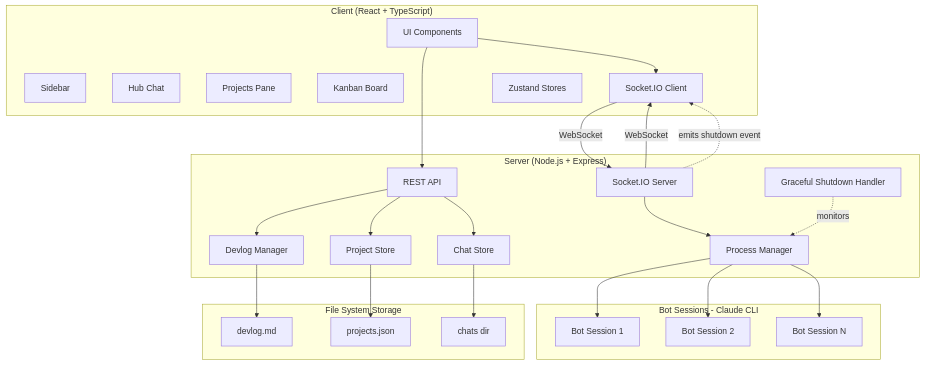
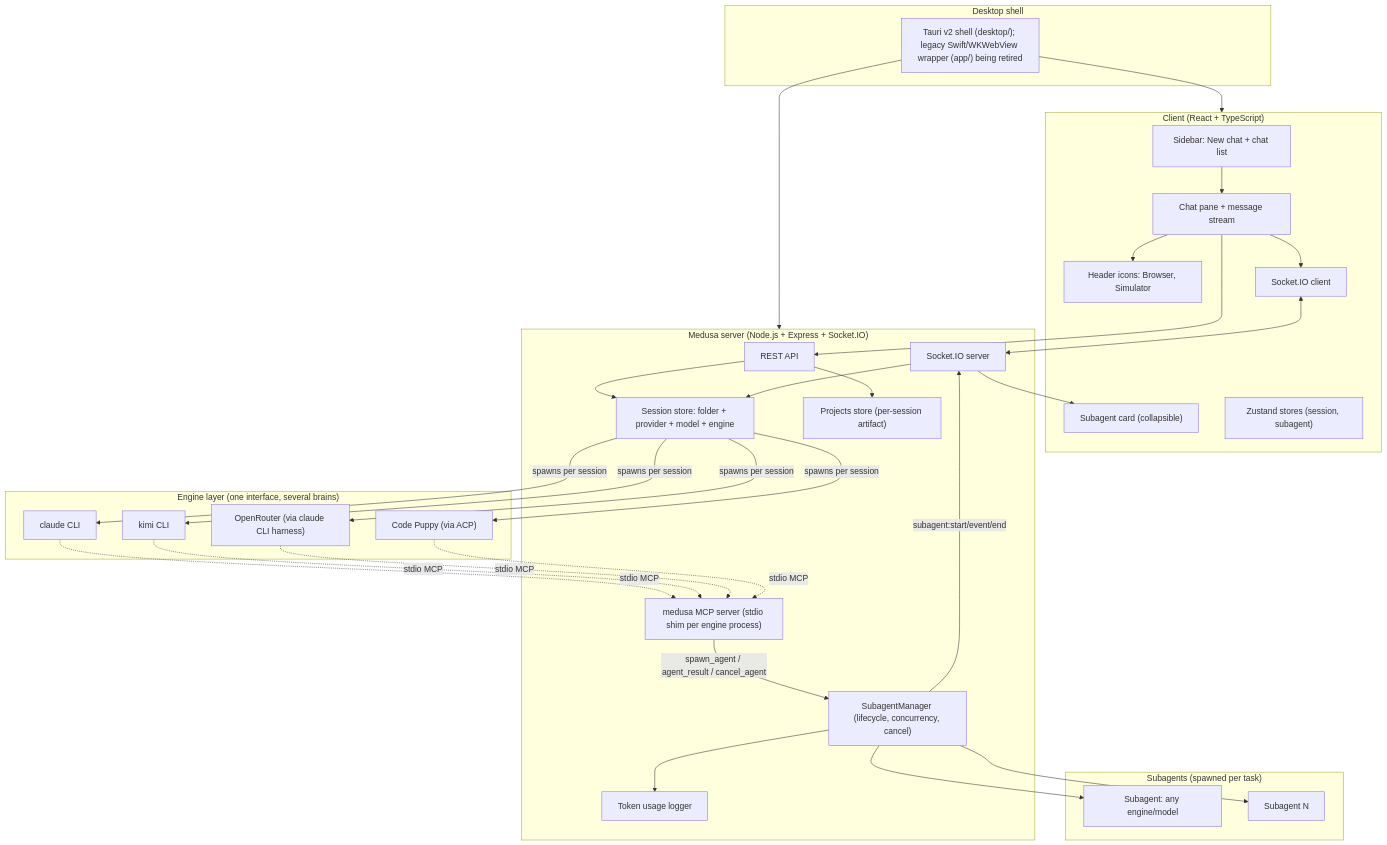
The first of 2 diagrams in docs/medusa_architecture.md (LauraMoney42/Medusa), drawn with Mermaid before and after one commit. The commit also changed other lines of this file and 23 other files, not shown here.

First line of the commit message:
Docs: describe Medusa as a single model-agnostic orchestrator; archive bot-era guides

````diff
--- a/docs/medusa_architecture.md
+++ b/docs/medusa_architecture.md
@@ -9,54 +25,67 @@
 ```mermaid
 graph TB
     subgraph Client["Client (React + TypeScript)"]
-        UI[UI Components]
-        Sidebar[Sidebar]
-        HubUI[Hub Chat]
-        ProjectsUI[Projects Pane]
-        Kanban[Kanban Board]
-        SocketClient[Socket.IO Client]
-        Zustand[Zustand Stores]
+        Sidebar["Sidebar: New chat + chat list"]
+        ChatUI["Chat pane + message stream"]
+        SubCard["Subagent card (collapsible)"]
+        HeaderIcons["Header icons: Browser, Simulator"]
+        SocketClient["Socket.IO client"]
+        Zustand["Zustand stores (session, subagent)"]
     end
 
-    subgraph Server["Server (Node.js + Express)"]
-        API[REST API]
-        SocketServer[Socket.IO Server]
-        ProcessMgr[Process Manager]
-        ProjectStore[Project Store]
-        ChatStore[Chat Store]
-        DevlogMgr[Devlog Manager]
-        GracefulShutdown[Graceful Shutdown Handler]
+    subgraph Shell["Desktop shell"]
+        AppShell["Tauri v2 shell (desktop/); legacy Swift/WKWebView wrapper (app/) being retired"]
     end
 
-    subgraph Bots["Bot Sessions - Claude CLI"]
-        Bot1[Bot Session 1]
-        Bot2[Bot Session 2]
-        BotN[Bot Session N]
+    subgraph Server["Medusa server (Node.js + Express + Socket.IO)"]
+        API["REST API"]
+        SocketServer["Socket.IO server"]
+        SessionStore["Session store: folder + provider + model + engine"]
+        SubagentMgr["SubagentManager (lifecycle, concurrency, cancel)"]
+        MCPShim["medusa MCP server (stdio shim per engine process)"]
+        Projects["Projects store (per-session artifact)"]
+        TokenLogger["Token usage logger"]
     end
 
-    subgraph Storage["File System Storage"]
-        Devlog[devlog.md]
-        ProjectsFile[projects.json]
-        Chats[chats dir]
+    subgraph Engines["Engine layer (one interface, several brains)"]
+        ClaudeEngine["claude CLI"]
+        KimiEngine["kimi CLI"]
+        OpenRouter["OpenRouter (via claude CLI harness)"]
+        CodePuppy["Code Puppy (via ACP)"]
     end
 
-    UI --> SocketClient
-    SocketClient -->|WebSocket| SocketServer
-    SocketServer -->|WebSocket| SocketClient
-    UI --> API
-    API --> ProjectStore
-    API --> ChatStore
-    API --> DevlogMgr
+    subgraph Subagents["Subagents (spawned per task)"]
+        Sub1["Subagent: any engine/model"]
+        SubN["Subagent N"]
+    end
 
-    SocketServer --> ProcessMgr
-    ProcessMgr --> Bot1
-    ProcessMgr --> Bot2
-    ProcessMgr --> BotN
+    Sidebar --> ChatUI
+    ChatUI --> SocketClient
+    SocketClient <--> SocketServer
+    ChatUI --> API
+    AppShell --> Client
+    AppShell --> Server
 
-    ProjectStore --> ProjectsFile
-    ChatStore --> Chats
-    DevlogMgr --> Devlog
+    API --> SessionStore
+    API --> Projects
+    SocketServer --> SessionStore
 
-    GracefulShutdown -.->|monitors| ProcessMgr
-    SocketServer -.->|emits shutdown event| SocketClient
+    SessionStore -->|spawns per session| ClaudeEngine
+    SessionStore -->|spawns per session| KimiEngine
+    SessionStore -->|spawns per session| OpenRouter
+    SessionStore -->|spawns per session| CodePuppy
+
+    ClaudeEngine -.->|stdio MCP| MCPShim
+    KimiEngine -.->|stdio MCP| MCPShim
+    OpenRouter -.->|stdio MCP| MCPShim
+    CodePuppy -.->|stdio MCP| MCPShim
+
+    MCPShim -->|spawn_agent / agent_result / cancel_agent| SubagentMgr
+    SubagentMgr --> Sub1
+    SubagentMgr --> SubN
+    SubagentMgr -->|subagent:start/event/end| SocketServer
+    SocketServer --> SubCard
+
+    SubagentMgr --> TokenLogger
+    ChatUI --> HeaderIcons
 ```
````
